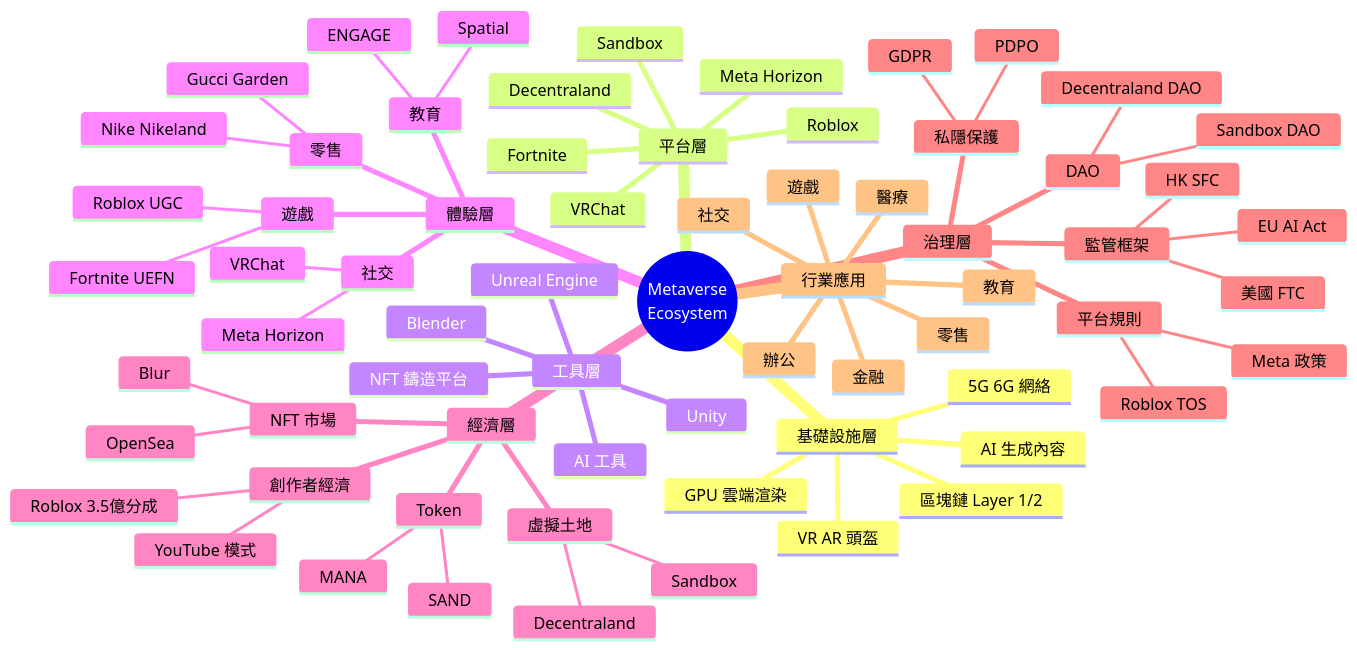
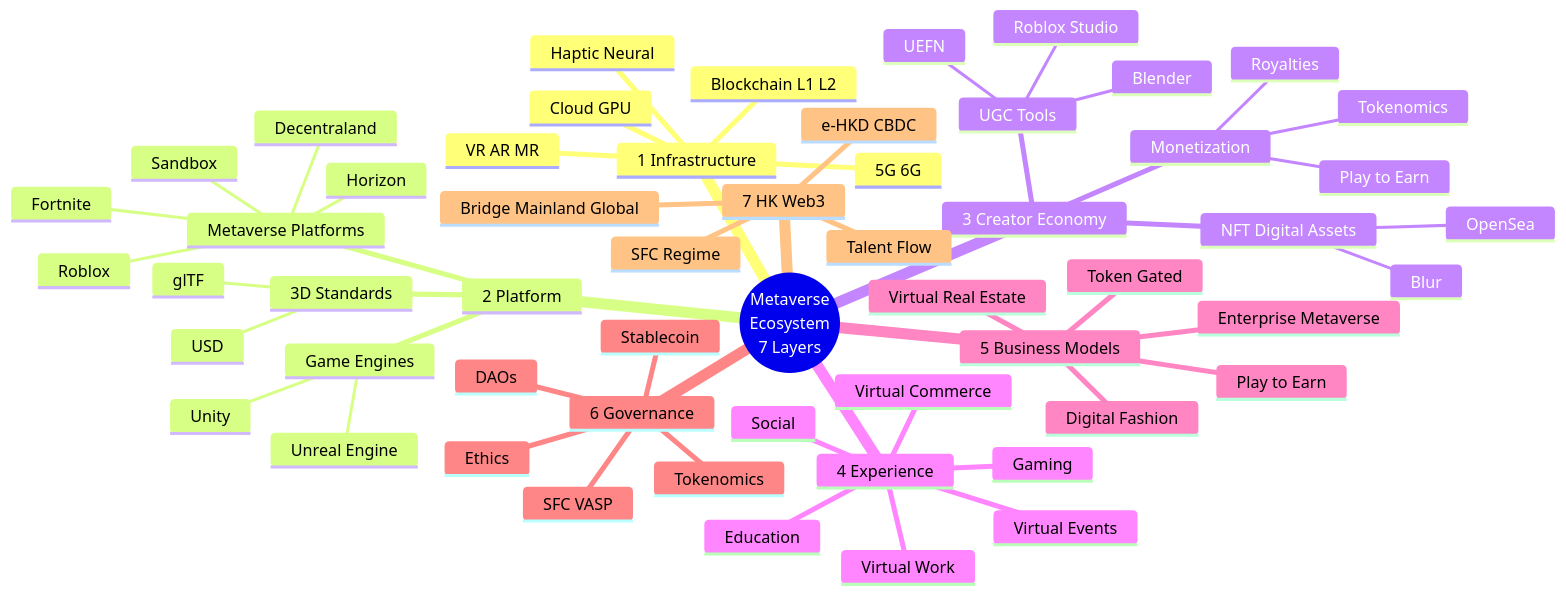
Before and after one commit to yip-lgtm/polyu-msc-digital-economics: the diagram in Week10_Metaverse/Metaverse_Ecosystem_Mindmap.md, drawn with Mermaid. The commit also changed other lines of this file and 1 other file, not shown here.

Commit message:
Week 10: Update Metaverse Notes + Jon Radoff 7-Layer Mindmap (HK/Web3 視角)

````diff
--- a/Week10_Metaverse/Metaverse_Ecosystem_Mindmap.md
+++ b/Week10_Metaverse/Metaverse_Ecosystem_Mindmap.md
@@ -9,78 +57,66 @@
 ```mermaid
 mindmap
-  root((Metaverse<br/>Ecosystem))
+  root((Metaverse<br/>Ecosystem<br/>7 Layers))
     
-    基礎設施層
-      5G 6G 網絡
-      GPU 雲端渲染
-      VR AR 頭盔
-      區塊鏈 Layer 1/2
-      AI 生成內容
+    1 Infrastructure
+      5G 6G
+      Cloud GPU
+      VR AR MR
+      Haptic Neural
+      Blockchain L1 L2
     
-    平台層
-      Roblox
-      Fortnite
-      Meta Horizon
-      Decentraland
-      Sandbox
-      VRChat
+    2 Platform
+      Game Engines
+        Unity
+        Unreal Engine
+      Metaverse Platforms
+        Roblox
+        Fortnite
+        Decentraland
+        Sandbox
+        Horizon
+      3D Standards
+        glTF
+        USD
     
-    工具層
-      Unity
-      Unreal Engine
-      Blender
-      AI 工具
-      NFT 鑄造平台
-    
-    體驗層
-      遊戲
-        Roblox UGC
-        Fortnite UEFN
-      社交
-        Meta Horizon
-        VRChat
-      教育
-        ENGAGE
-        Spatial
-      零售
-        Nike Nikeland
-        Gucci Garden
-    
-    經濟層
-      NFT 市場
+    3 Creator Economy
+      NFT Digital Assets
         OpenSea
         Blur
-      虛擬土地
-        Decentraland
-        Sandbox
-      創作者經濟
-        Roblox 3.5億分成
-        YouTube 模式
-      Token
-        SAND
-        MANA
+      UGC Tools
+        Roblox Studio
+        UEFN
+        Blender
+      Monetization
+        Royalties
+        Tokenomics
+        Play to Earn
     
-    治理層
-      DAO
-        Decentraland DAO
-        Sandbox DAO
-      平台規則
-        Roblox TOS
-        Meta 政策
-      監管框架
-        HK SFC
-        EU AI Act
-        美國 FTC
-      私隱保護
-        PDPO
-        GDPR
+    4 Experience
+      Gaming
+      Social
+      Virtual Events
+      Virtual Work
+      Education
+      Virtual Commerce
     
-    行業應用
-      遊戲
-      社交
-      教育
-      醫療
-      零售
-      辦公
-      金融
+    5 Business Models
+      Play to Earn
+      Virtual Real Estate
+      Digital Fashion
+      Token Gated
+      Enterprise Metaverse
+    
+    6 Governance
+      DAOs
+      Tokenomics
+      SFC VASP
+      Stablecoin
+      Ethics
+    
+    7 HK Web3
+      SFC Regime
+      e-HKD CBDC
+      Talent Flow
+      Bridge Mainland Global
 ```
````
